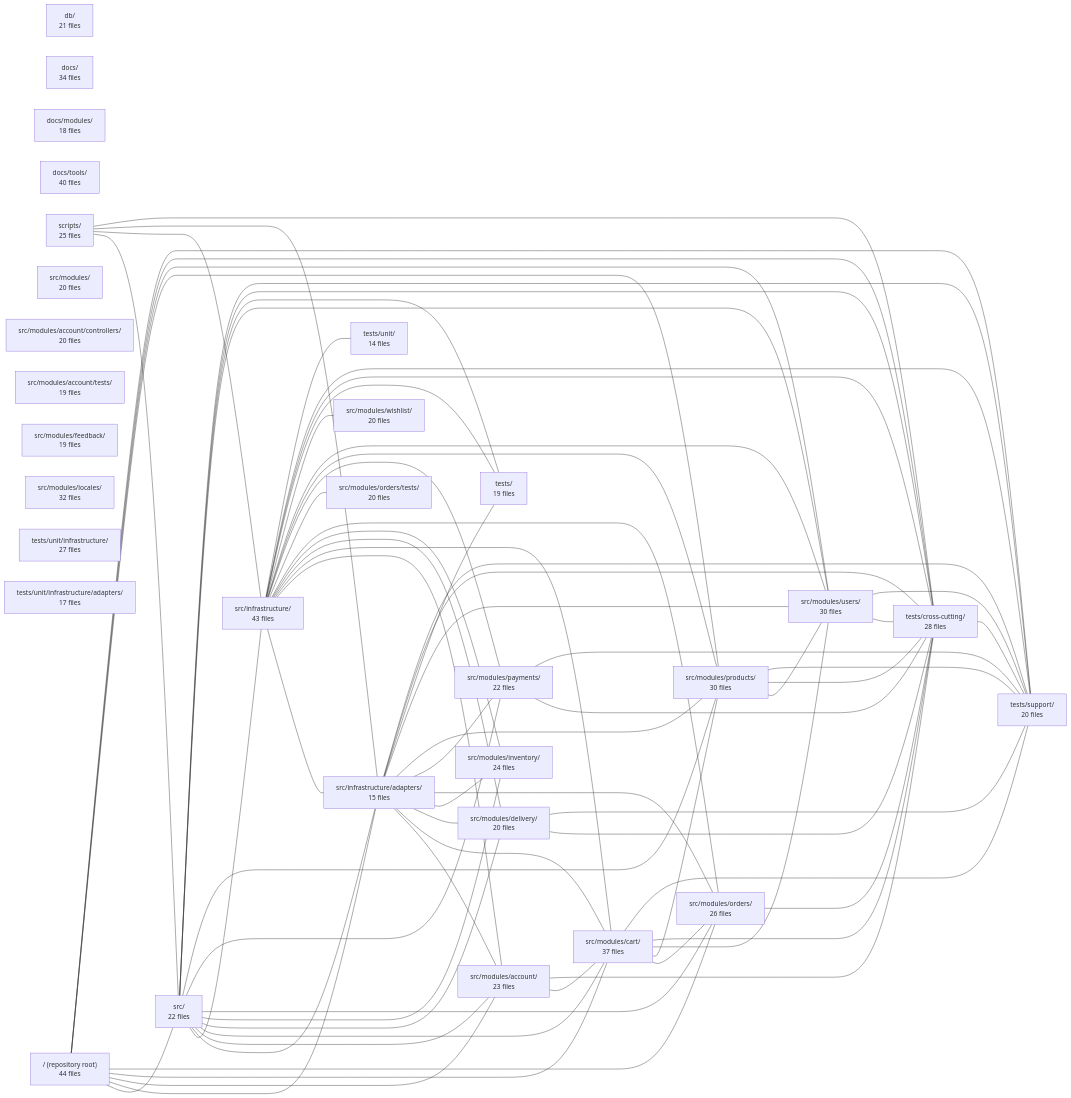
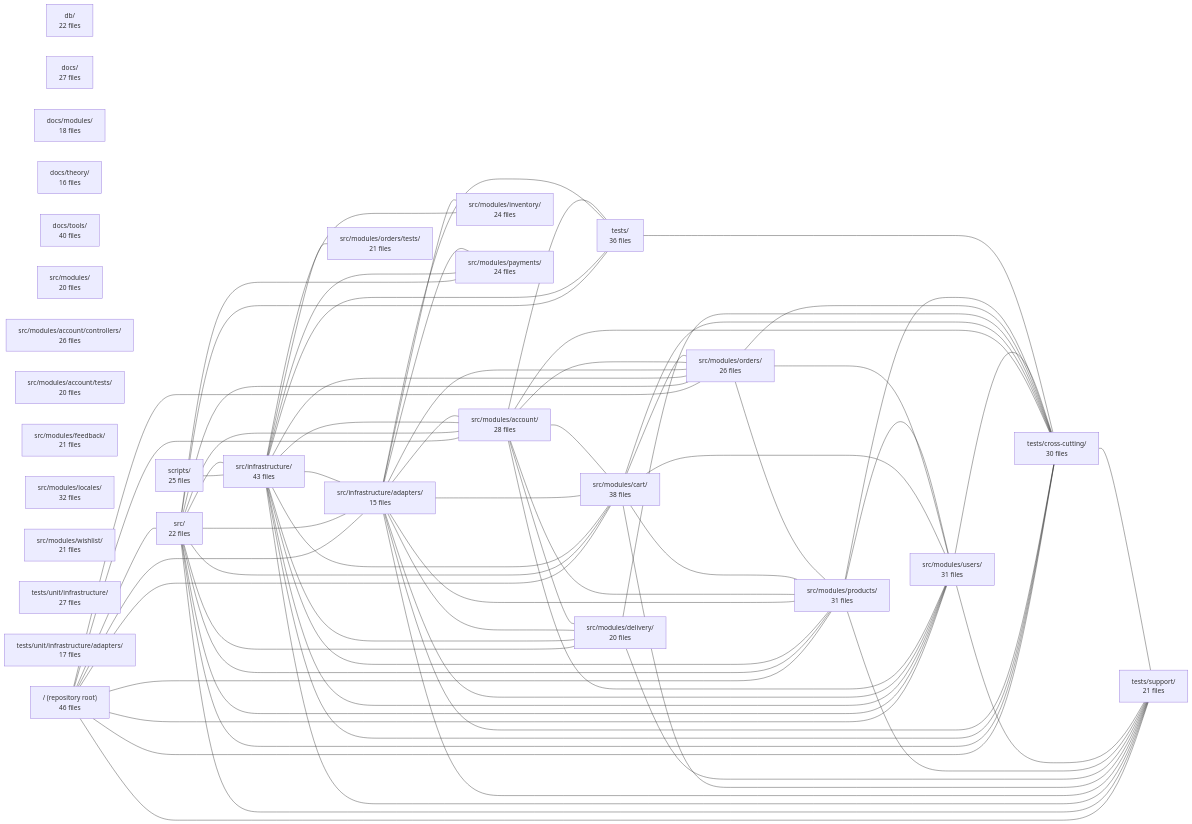
Before and after one commit to Guebbit/boilerplate-node-backend: the diagram in .2repo/modules/boilerplate-node-backend_INDEX.md, drawn with Mermaid. The commit also changed other lines of this file and 302 other files, not shown here.

First line of the commit message:
chore(2repo): refresh repo context, wiki, and architecture snapshots

````diff
--- a/.2repo/modules/boilerplate-node-backend_INDEX.md
+++ b/.2repo/modules/boilerplate-node-backend_INDEX.md
@@ -16,35 +16,35 @@
 ```mermaid
 flowchart LR
-    m_db["db/<br/>21 files"]
-    m_docs["docs/<br/>34 files"]
+    m_db["db/<br/>22 files"]
+    m_docs["docs/<br/>27 files"]
     m_docs_modules["docs/modules/<br/>18 files"]
+    m_docs_theory["docs/theory/<br/>16 files"]
     m_docs_tools["docs/tools/<br/>40 files"]
     m_scripts["scripts/<br/>25 files"]
     m_src["src/<br/>22 files"]
     m_src_infrastructure["src/infrastructure/<br/>43 files"]
     m_src_infrastructure_adapters["src/infrastructure/adapters/<br/>15 files"]
     m_src_modules["src/modules/<br/>20 files"]
-    m_src_modules_account["src/modules/account/<br/>23 files"]
-    m_src_modules_account_controllers["src/modules/account/controllers/<br/>20 files"]
-    m_src_modules_account_tests["src/modules/account/tests/<br/>19 files"]
-    m_src_modules_cart["src/modules/cart/<br/>37 files"]
+    m_src_modules_account["src/modules/account/<br/>28 files"]
+    m_src_modules_account_controllers["src/modules/account/controllers/<br/>26 files"]
+    m_src_modules_account_tests["src/modules/account/tests/<br/>20 files"]
+    m_src_modules_cart["src/modules/cart/<br/>38 files"]
     m_src_modules_delivery["src/modules/delivery/<br/>20 files"]
-    m_src_modules_feedback["src/modules/feedback/<br/>19 files"]
+    m_src_modules_feedback["src/modules/feedback/<br/>21 files"]
     m_src_modules_inventory["src/modules/inventory/<br/>24 files"]
     m_src_modules_locales["src/modules/locales/<br/>32 files"]
     m_src_modules_orders["src/modules/orders/<br/>26 files"]
-    m_src_modules_orders_tests["src/modules/orders/tests/<br/>20 files"]
-    m_src_modules_payments["src/modules/payments/<br/>22 files"]
-    m_src_modules_products["src/modules/products/<br/>30 files"]
-    m_src_modules_users["src/modules/users/<br/>30 files"]
-    m_src_modules_wishlist["src/modules/wishlist/<br/>20 files"]
-    m_tests["tests/<br/>19 files"]
-    m_tests_cross_cutting["tests/cross-cutting/<br/>28 files"]
-    m_tests_support["tests/support/<br/>20 files"]
-    m_tests_unit["tests/unit/<br/>14 files"]
+    m_src_modules_orders_tests["src/modules/orders/tests/<br/>21 files"]
+    m_src_modules_payments["src/modules/payments/<br/>24 files"]
+    m_src_modules_products["src/modules/products/<br/>31 files"]
+    m_src_modules_users["src/modules/users/<br/>31 files"]
+    m_src_modules_wishlist["src/modules/wishlist/<br/>21 files"]
+    m_tests["tests/<br/>36 files"]
+    m_tests_cross_cutting["tests/cross-cutting/<br/>30 files"]
+    m_tests_support["tests/support/<br/>21 files"]
     m_tests_unit_infrastructure["tests/unit/infrastructure/<br/>27 files"]
     m_tests_unit_infrastructure_adapters["tests/unit/infrastructure/adapters/<br/>17 files"]
-    m_root["/ (repository root)<br/>44 files"]
+    m_root["/ (repository root)<br/>46 files"]
     m_root --- m_src
     m_root --- m_src_infrastructure_adapters
     m_root --- m_src_modules_account
@@ -54,16 +54,12 @@
     m_root --- m_src_modules_users
     m_root --- m_tests_cross_cutting
     m_root --- m_tests_support
-    m_scripts --- m_src
     m_scripts --- m_src_infrastructure
-    m_scripts --- m_src_infrastructure_adapters
-    m_scripts --- m_tests_cross_cutting
     m_src --- m_src_infrastructure
     m_src --- m_src_infrastructure_adapters
     m_src --- m_src_modules_account
     m_src --- m_src_modules_cart
     m_src --- m_src_modules_delivery
-    m_src --- m_src_modules_inventory
     m_src --- m_src_modules_orders
     m_src --- m_src_modules_payments
     m_src --- m_src_modules_products
@@ -81,11 +77,9 @@
     m_src_infrastructure --- m_src_modules_payments
     m_src_infrastructure --- m_src_modules_products
     m_src_infrastructure --- m_src_modules_users
-    m_src_infrastructure --- m_src_modules_wishlist
     m_src_infrastructure --- m_tests
     m_src_infrastructure --- m_tests_cross_cutting
     m_src_infrastructure --- m_tests_support
-    m_src_infrastructure --- m_tests_unit
     m_src_infrastructure_adapters --- m_src_modules_account
     m_src_infrastructure_adapters --- m_src_modules_cart
     m_src_infrastructure_adapters --- m_src_modules_delivery
@@ -98,6 +92,11 @@
     m_src_infrastructure_adapters --- m_tests_cross_cutting
     m_src_infrastructure_adapters --- m_tests_support
     m_src_modules_account --- m_src_modules_cart
+    m_src_modules_account --- m_src_modules_delivery
+    m_src_modules_account --- m_src_modules_orders
+    m_src_modules_account --- m_src_modules_products
+    m_src_modules_account --- m_src_modules_users
+    m_src_modules_account --- m_tests
     m_src_modules_account --- m_tests_cross_cutting
     m_src_modules_cart --- m_src_modules_orders
     m_src_modules_cart --- m_src_modules_products
@@ -106,13 +105,14 @@
     m_src_modules_cart --- m_tests_support
     m_src_modules_delivery --- m_tests_cross_cutting
     m_src_modules_delivery --- m_tests_support
+    m_src_modules_orders --- m_src_modules_products
+    m_src_modules_orders --- m_src_modules_users
     m_src_modules_orders --- m_tests_cross_cutting
-    m_src_modules_payments --- m_tests_cross_cutting
-    m_src_modules_payments --- m_tests_support
     m_src_modules_products --- m_src_modules_users
     m_src_modules_products --- m_tests_cross_cutting
     m_src_modules_products --- m_tests_support
     m_src_modules_users --- m_tests_cross_cutting
     m_src_modules_users --- m_tests_support
+    m_tests --- m_tests_cross_cutting
     m_tests_cross_cutting --- m_tests_support
 ```
````
